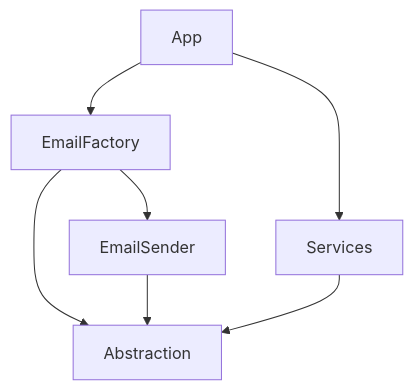
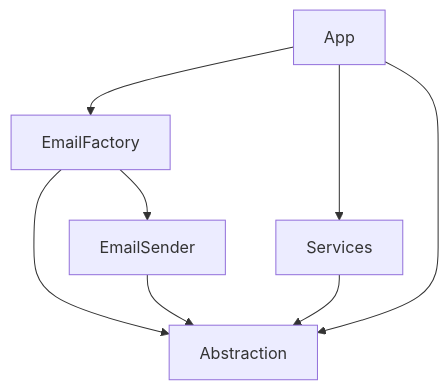
The diagram in Dependency_Inversion_Principle/After/readme.md (BorzoNosrati/SOLID-in-CSharp), drawn with Mermaid before and after one commit.

````diff
--- a/Dependency_Inversion_Principle/After/readme.md
+++ b/Dependency_Inversion_Principle/After/readme.md
@@ -1,9 +1,10 @@
 ```mermaid
 graph TD;
     App-->Services;
     App-->EmailFactory;
     EmailFactory-->EmailSender;
     EmailFactory-->Abstraction;
     EmailSender-->Abstraction;
     Services-->Abstraction;
+    App-->Abstraction;
 ```
````
